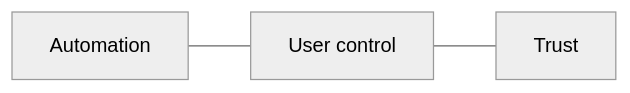
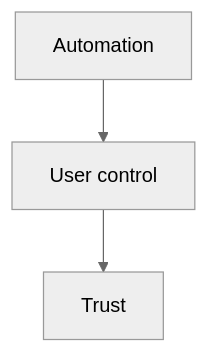
One commit to ArslanArda/ai-pm-playbook changed the diagram in 07-ai-ux-patterns/README.md. Above: the diagram before and after it, drawn with Mermaid (neutral theme). The commit also changed other lines of this file and 4 other files, not shown here.

````diff
--- a/07-ai-ux-patterns/README.md
+++ b/07-ai-ux-patterns/README.md
@@ -65,5 +98,5 @@
 ```mermaid
-flowchart LR
-    A["Automation"] --- B["User control"]
-    B --- C["Trust"]
+flowchart TD
+    A["Automation"] --> B["User control"]
+    B --> C["Trust"]
 ```
````
